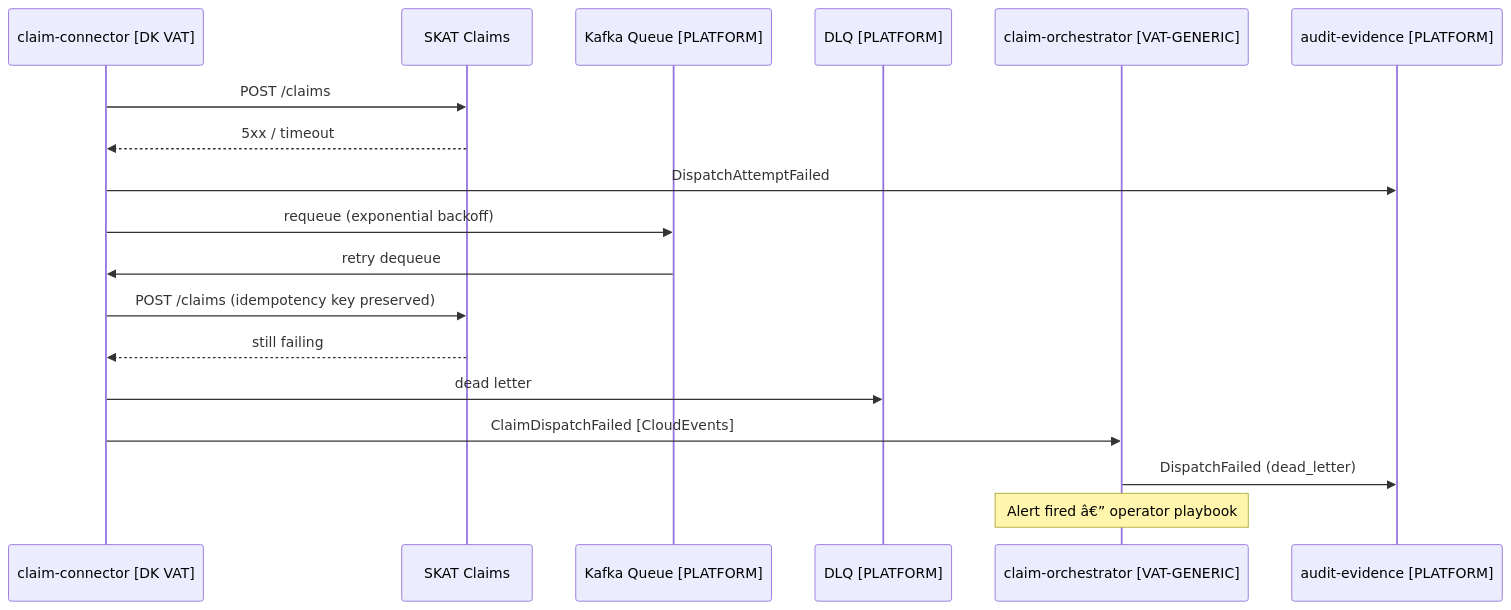
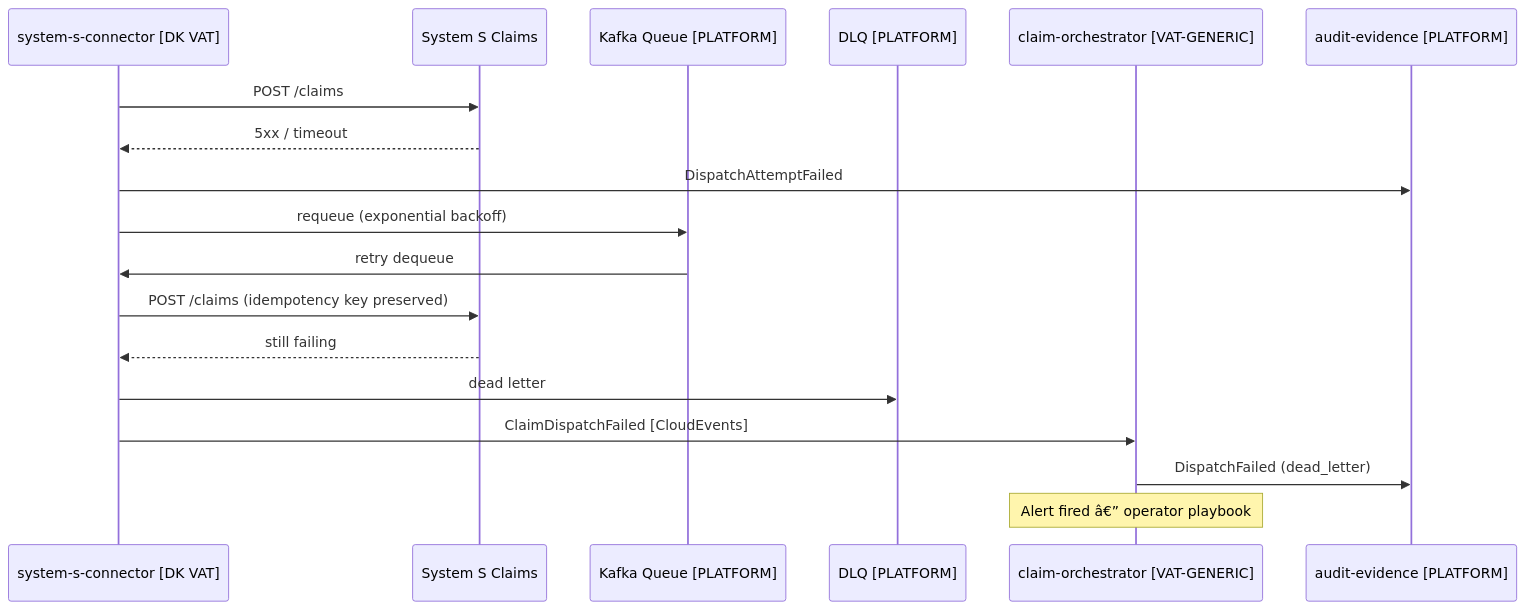
Before and after one commit to nc-tbi/VATRI-Codex: the ninth of 14 diagrams in design/01-vat-filing-assessment-solution-design.md, drawn with Mermaid. The commit also changed other lines of this file and 15 other files, not shown here.

Commit message:
Update VAT design and architecture docs, resolve OQ blockers, and align ViDA step 1-3

````diff
--- a/design/01-vat-filing-assessment-solution-design.md
+++ b/design/01-vat-filing-assessment-solution-design.md
@@ -440,21 +448,21 @@
 ```mermaid
 sequenceDiagram
-    participant CC as claim-connector [DK VAT]
-    participant ECS as SKAT Claims
+    participant CC as system-s-connector [DK VAT]
+    participant ECS as System S Claims
     participant Q as Kafka Queue [PLATFORM]
     participant DLQ as DLQ [PLATFORM]
     participant CO as claim-orchestrator [VAT-GENERIC]
     participant AE as audit-evidence [PLATFORM]
 
     CC->>ECS: POST /claims
     ECS-->>CC: 5xx / timeout
     CC->>AE: DispatchAttemptFailed
     CC->>Q: requeue (exponential backoff)
     Q->>CC: retry dequeue
     CC->>ECS: POST /claims (idempotency key preserved)
     ECS-->>CC: still failing
     CC->>DLQ: dead letter
     CC->>CO: ClaimDispatchFailed [CloudEvents]
     CO->>AE: DispatchFailed (dead_letter)
     Note over CO: Alert fired â€” operator playbook
 ```
````
